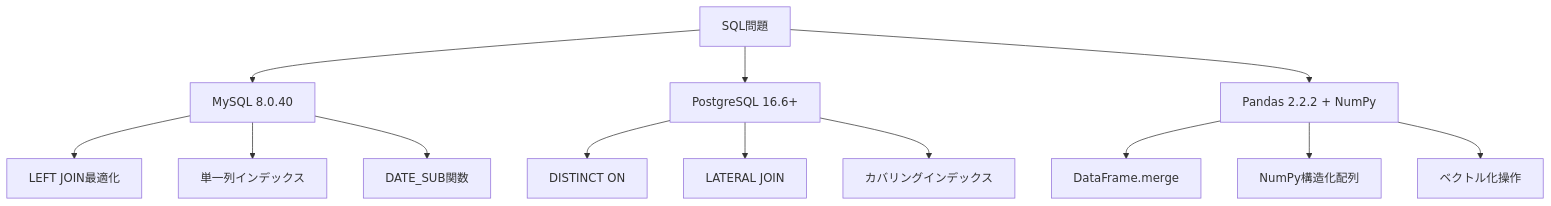
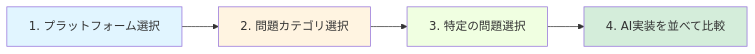
Before and after one commit to myoshi2891/Algorithm-DataStructures-Math-SQL: the seventh of 9 diagrams in README.md, drawn with Mermaid. The commit also changed other lines of this file, not shown here.

````diff
--- a/README.md
+++ b/README.md
@@ -497,18 +470,11 @@
 ```mermaid
-graph TD
-    A[SQL問題] --> B[MySQL 8.0.40]
-    A --> C[PostgreSQL 16.6+]
-    A --> D[Pandas 2.2.2 + NumPy]
-
-    B --> B1[LEFT JOIN最適化]
-    B --> B2[単一列インデックス]
-    B --> B3[DATE_SUB関数]
-
-    C --> C1[DISTINCT ON]
-    C --> C2[LATERAL JOIN]
-    C --> C3[カバリングインデックス]
-
-    D --> D1[DataFrame.merge]
-    D --> D2[NumPy構造化配列]
-    D --> D3[ベクトル化操作]
+graph LR
+    A[1. プラットフォーム選択] --> B[2. 問題カテゴリ選択]
+    B --> C[3. 特定の問題選択]
+    C --> D[4. AI実装を並べて比較]
+    
+    style A fill:#e1f5ff
+    style B fill:#fff4e1
+    style C fill:#f0ffe1
+    style D fill:#d4edda
 ```
````
